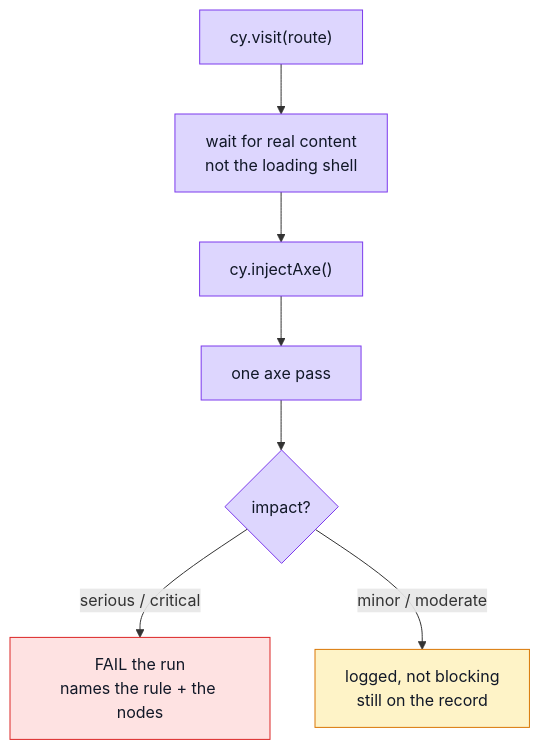
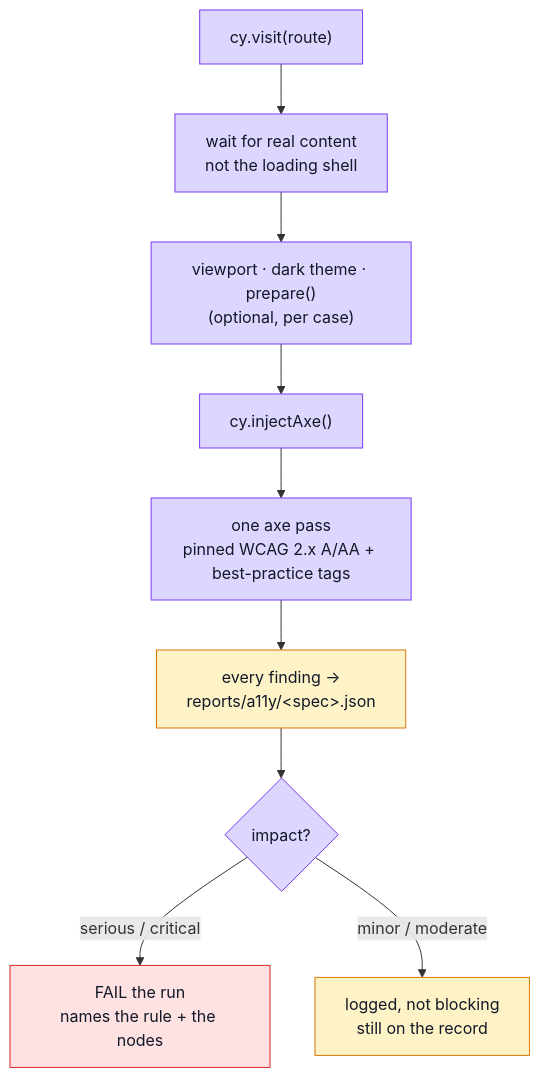
Before and after one commit to Guebbit/boilerplate-vue-frontend: the diagram in docs/tools/accessibility-testing.md, drawn with Mermaid. The commit also changed other lines of this file and 101 other files, not shown here.

````diff
--- a/docs/tools/accessibility-testing.md
+++ b/docs/tools/accessibility-testing.md
@@ -13,17 +13,19 @@
 ```mermaid
 %%{init: {'flowchart': {'nodeSpacing': 45, 'rankSpacing': 50}}}%%
 flowchart TB
     Visit["cy.visit(route)"] --> Wait["wait for real content\nnot the loading shell"]
-    Wait --> Inject["cy.injectAxe()"]
-    Inject --> Run["one axe pass"]
-    Run --> Split{"impact?"}
+    Wait --> State["viewport · dark theme · prepare()\n(optional, per case)"]
+    State --> Inject["cy.injectAxe()"]
+    Inject --> Run["one axe pass\npinned WCAG 2.x A/AA + best-practice tags"]
+    Run --> Report["every finding →\nreports/a11y/&lt;spec&gt;.json"]
+    Report --> Split{"impact?"}
     Split -->|"serious / critical"| Fail["FAIL the run\nnames the rule + the nodes"]
     Split -->|"minor / moderate"| Log["logged, not blocking\nstill on the record"]
 
     classDef proc fill:#ddd6fe,stroke:#7c3aed,color:#111827;
     classDef bad fill:#fee2e2,stroke:#dc2626,color:#111827;
     classDef info fill:#fef3c7,stroke:#d97706,color:#111827;
-    class Visit,Wait,Inject,Run,Split proc;
+    class Visit,Wait,State,Inject,Run,Split proc;
     class Fail bad;
-    class Log info;
+    class Log,Report info;
 ```
````
